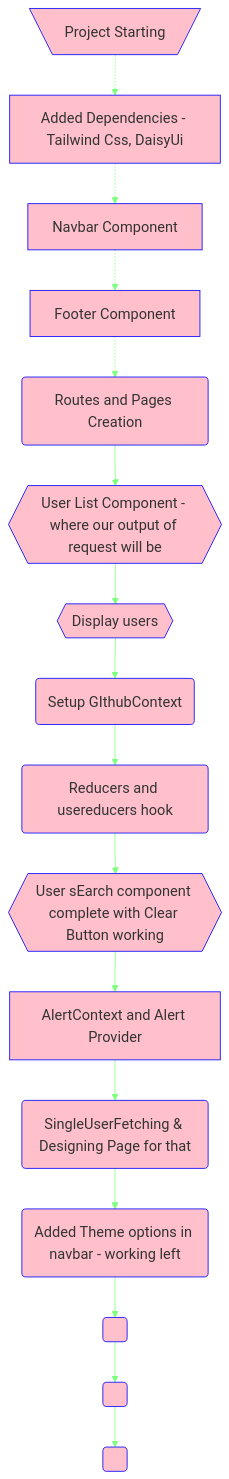
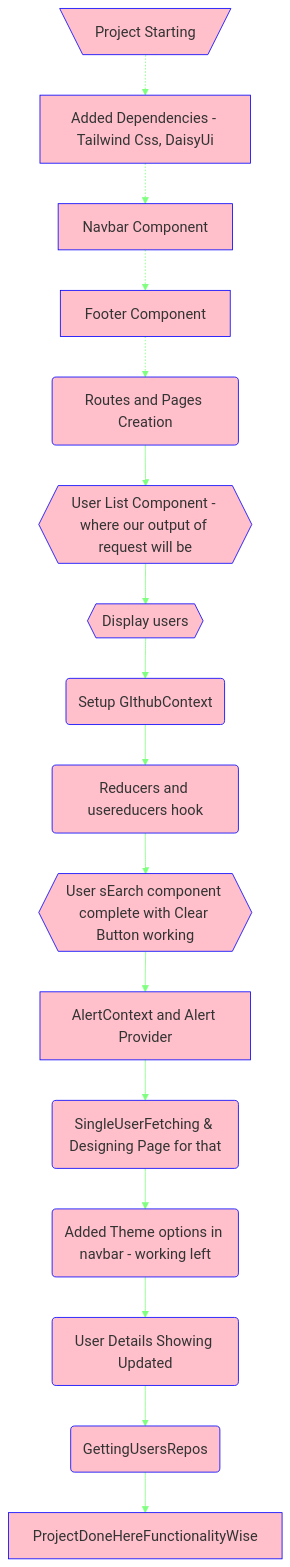
Before and after one commit to imnakul/Github-Finder_using_Vite.js: the diagram in README.md, drawn with Mermaid.

Commit message:
updated Flowchart

````diff
--- a/README.md
+++ b/README.md
@@ -19,22 +19,22 @@
 ```mermaid
 %%{init: {'theme': 'base', 'themeVariables': { 'fontSize': '18px', 'fontFamily': 'Algerian' , 'primaryBorderColor': 'blue' , 'background' : 'purple', 'mainBkg': 'pink'}}}%%
 flowchart TD
    1[\Project Starting/]
    -.-> 2[Added Dependencies - Tailwind Css, DaisyUi ]
    -.-> 3[Navbar Component]
    -.-> 4[Footer Component]
    -.-> 5
     5(Routes and Pages Creation) --> B
     B{{User List Component - where our output of request will be }}
     B --> C{{Display users }}
      --> D( Setup GIthubContext)
      --> E(Reducers and usereducers hook )
      --> F{{User sEarch component complete with Clear Button working }}
      --> G[AlertContext and Alert Provider ]
      --> M(SingleUserFetching & Designing Page for that )
      --> N(Added Theme options in navbar - working left  )
-     --> O( )
-     --> P( )
-     --> Q( )
+     --> O(User Details Showing Updated )
+     --> P(GettingUsersRepos )
+     --> Q[ProjectDoneHereFunctionalityWise]
 
 ```
````
